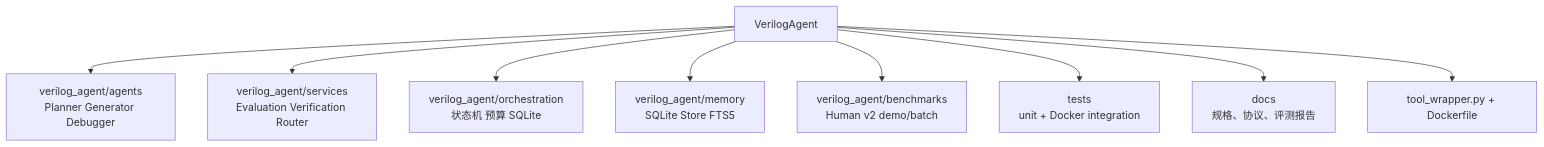
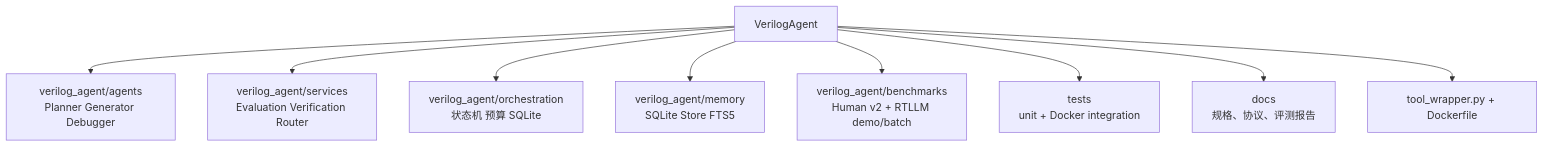
The second of 3 diagrams in docs/CURRENT_PROGRESS_ZH.md (MANTOKA/RTLForge), drawn with Mermaid before and after one commit. The commit also changed other lines of this file and 89 other files, not shown here.

````diff
--- a/docs/CURRENT_PROGRESS_ZH.md
+++ b/docs/CURRENT_PROGRESS_ZH.md
@@ -48,12 +49,12 @@
 ```mermaid
 flowchart TB
     R[VerilogAgent]
     R --> A[verilog_agent/agents\nPlanner Generator Debugger]
     R --> S[verilog_agent/services\nEvaluation Verification Router]
     R --> O[verilog_agent/orchestration\n状态机 预算 SQLite]
     R --> M[verilog_agent/memory\nSQLite Store FTS5]
-    R --> B[verilog_agent/benchmarks\nHuman v2 demo/batch]
+    R --> B[verilog_agent/benchmarks\nHuman v2 + RTLLM demo/batch]
     R --> T[tests\nunit + Docker integration]
     R --> D[docs\n规格、协议、评测报告]
     R --> W[tool_wrapper.py + Dockerfile]
 ```
````
